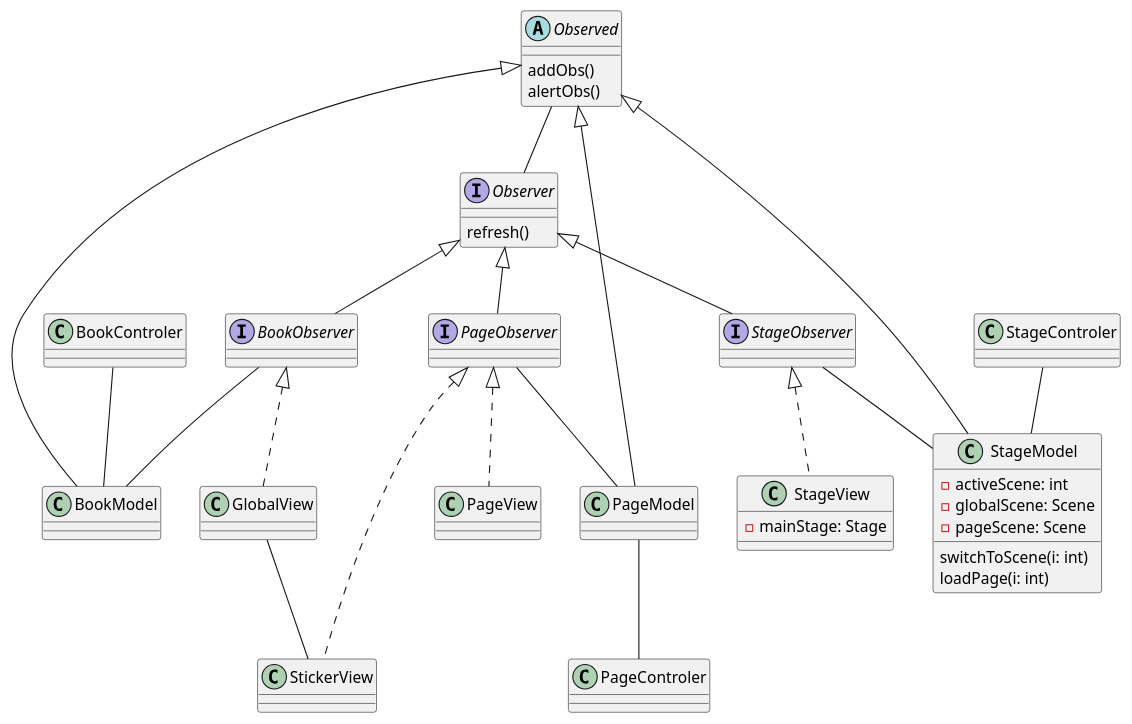
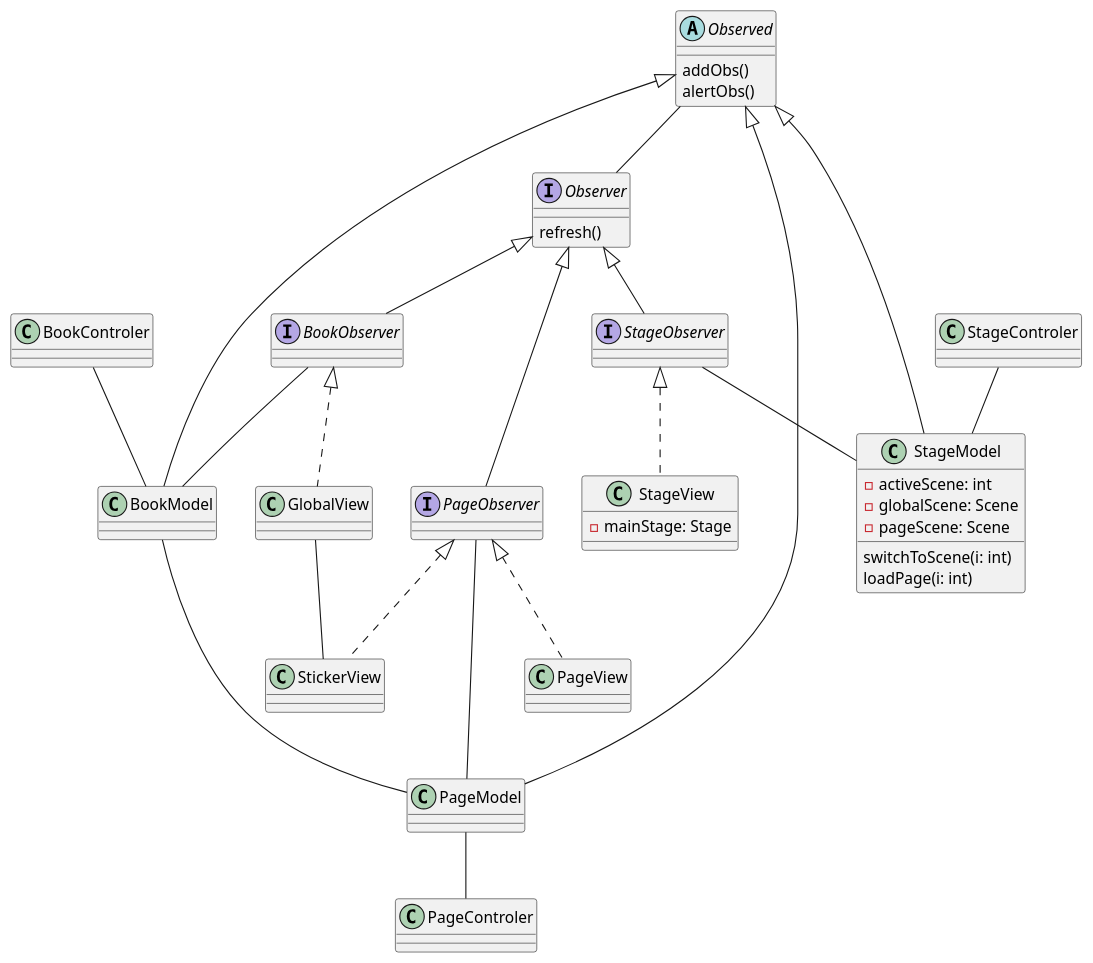
One commit to BigBaz54/TravelBook changed the diagram in classDiagramm.wsd. Above: the diagram before and after it, drawn with PlantUML.

Commit message:
[+] maj diag classes

```diff
--- a/classDiagramm.wsd
+++ b/classDiagramm.wsd
@@ -1,84 +1,86 @@
 @startuml class
 
 interface Observer {
     {method} refresh()
 }
 
 interface BookObserver implements Observer {
     
 }
 
 interface PageObserver implements Observer {
 
 }
 
 interface StageObserver implements Observer {
     
 }
 
 abstract class Observed {
     {method} addObs()
     {method} alertObs() 
 }
 
 class BookModel extends Observed {
 
 }
 
 class PageModel extends Observed {
 
 }
 
 class StageModel extends Observed {
     - activeScene: int
     - globalScene: Scene
     - pageScene: Scene
     {method} switchToScene(i: int)
     {method} loadPage(i: int)
 }
 
 class BookControler {
 
 }
 
 class PageControler {
 
 }
 
 class StageControler {
 
 }
 
 class GlobalView implements BookObserver {
 
 }
 
 class PageView implements PageObserver {
 
 }
 
 class StageView implements StageObserver {
 
 }
 
 class StageView {
     - mainStage: Stage
 
 }
 
 class StickerView implements PageObserver{
 
 }
 
 StageControler -- StageModel
 BookControler -- BookModel
 PageModel -- PageControler
 
 StageObserver -- StageModel
 PageObserver -- PageModel
 BookObserver -- BookModel
 GlobalView -- StickerView
 
+BookModel --- PageModel
+
 Observed -- Observer
 
 @enduml
```
